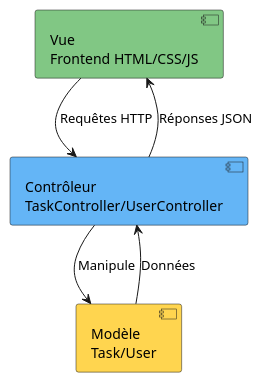
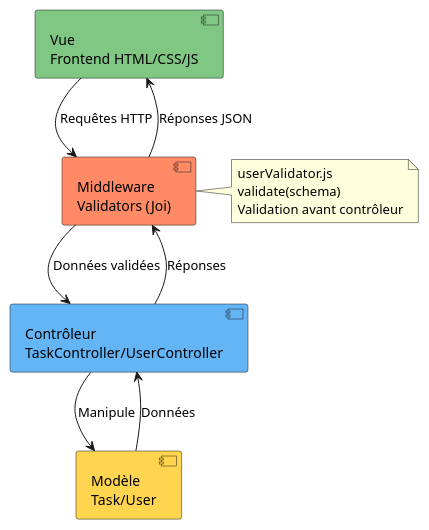
The diagram in diagramme/mvc.puml (malek0501/DoneProject), drawn with PlantUML before and after one commit. The commit also changed 6 other files, not shown here.

First line of the commit message:
docs(DONE-1): Documentation complète endpoints CRUD et intégration userValidator

```diff
--- a/diagramme/mvc.puml
+++ b/diagramme/mvc.puml
@@ -1,10 +1,19 @@
 @startuml
 component "Vue\nFrontend HTML/CSS/JS" as Vue #81C784
+component "Middleware\nValidators (Joi)" as Validators #FF8A65
 component "Contrôleur\nTaskController/UserController" as Controleur #64B5F6
 component "Modèle\nTask/User" as Modele #FFD54F
 
-Vue -down-> Controleur : Requêtes HTTP
+note right of Validators
+  userValidator.js
+  validate(schema)
+  Validation avant contrôleur
+end note
+
+Vue -down-> Validators : Requêtes HTTP
+Validators -down-> Controleur : Données validées
 Controleur -down-> Modele : Manipule
 Modele -up-> Controleur : Données
-Controleur -up-> Vue : Réponses JSON
+Controleur -up-> Validators : Réponses
+Validators -up-> Vue : Réponses JSON
 @enduml
```
